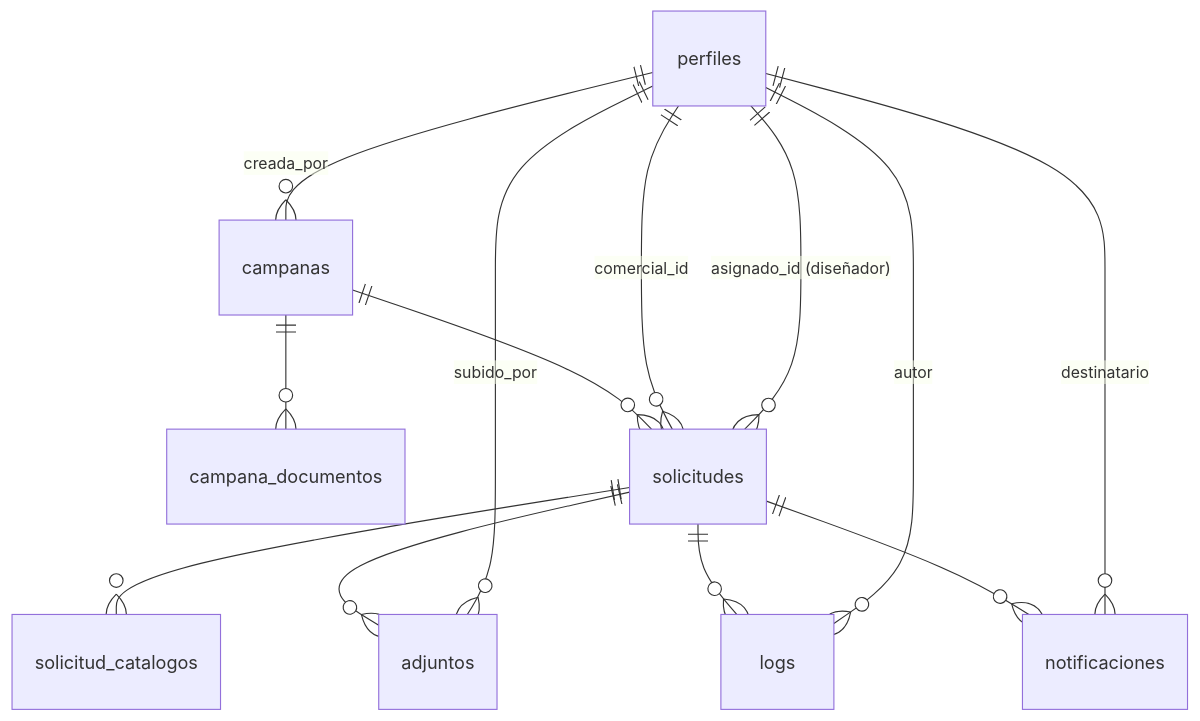
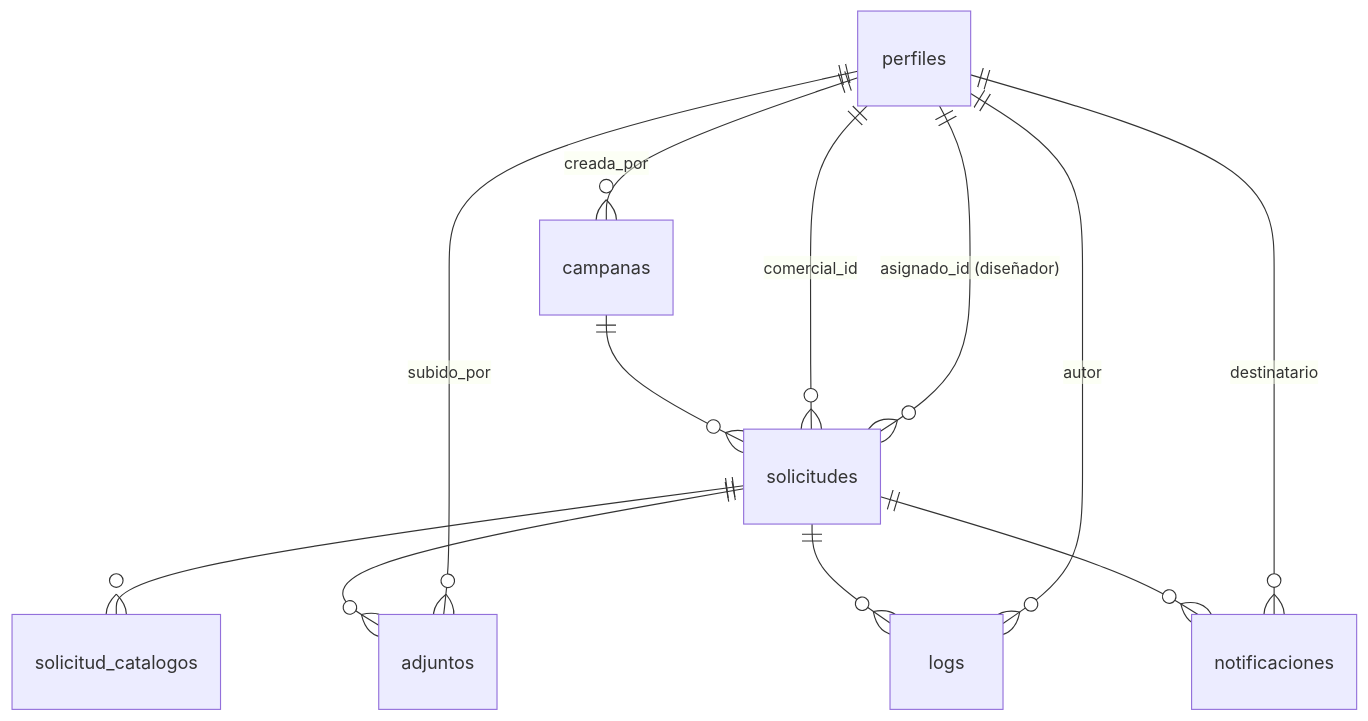
Before and after one commit to javierimedio/portadas_personalizadas: the diagram in docs/03-modelo-datos.md, drawn with Mermaid. The commit also changed other lines of this file and 6 other files, not shown here.

First line of the commit message:
Fija principio de paridad funcional 100% y reescribe roadmap por fases del usuario

````diff
--- a/docs/03-modelo-datos.md
+++ b/docs/03-modelo-datos.md
@@ -15,15 +15,14 @@
 ```mermaid
 erDiagram
     perfiles ||--o{ campanas : "creada_por"
-    campanas ||--o{ campana_documentos : ""
     campanas ||--o{ solicitudes : ""
     perfiles ||--o{ solicitudes : "comercial_id"
     perfiles ||--o{ solicitudes : "asignado_id (diseñador)"
     solicitudes ||--o{ solicitud_catalogos : ""
     solicitudes ||--o{ adjuntos : ""
     solicitudes ||--o{ logs : ""
     solicitudes ||--o{ notificaciones : ""
     perfiles ||--o{ logs : "autor"
     perfiles ||--o{ notificaciones : "destinatario"
     perfiles ||--o{ adjuntos : "subido_por"
 ```
````
